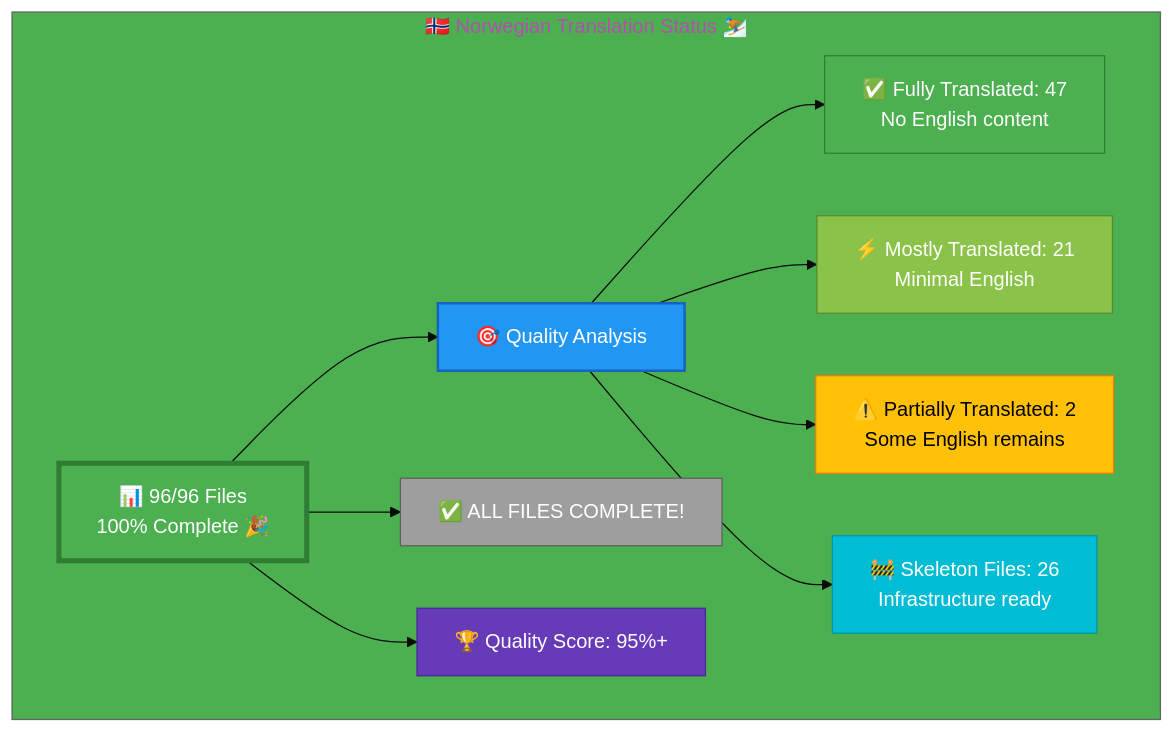
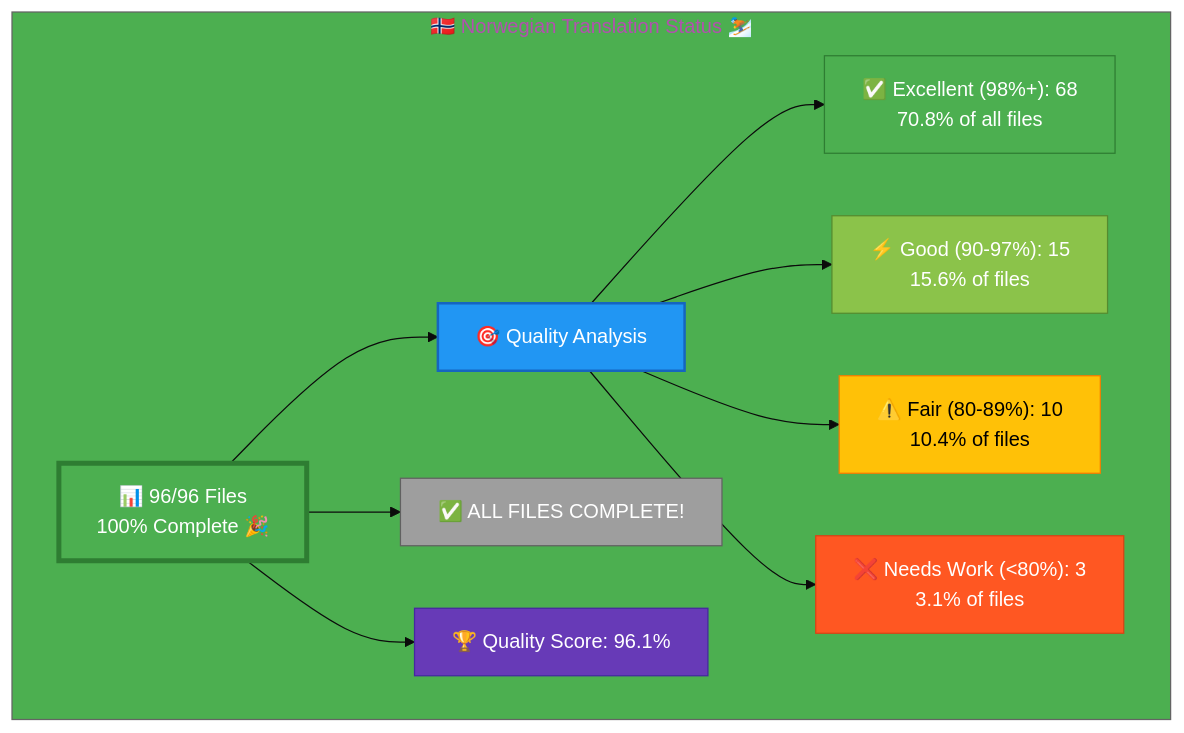
Before and after one commit to Hack23/homepage: the diagram in Norwegian-Translation-Status.md, drawn with Mermaid. The commit also changed other lines of this file and 96 other files, not shown here.

````diff
--- a/Norwegian-Translation-Status.md
+++ b/Norwegian-Translation-Status.md
@@ -12,26 +12,26 @@
 ```mermaid
 %%{init: {'theme':'base', 'themeVariables': {'primaryColor':'#4CAF50','secondaryColor':'#2196F3','tertiaryColor':'#4CAF50','fontSize':'16px'}}}%%
 graph TB
     subgraph "🇳🇴 Norwegian Translation Status ⛷️"
         A["📊 96/96 Files<br/>100% Complete 🎉 "]
         
         A --> B["🎯 Quality Analysis"]
-        B --> C["✅ Fully Translated: 47<br/>No English content"]
-        B --> D["⚡ Mostly Translated: 21<br/>Minimal English"]
-        B --> E["⚠️  Partially Translated: 2<br/>Some English remains"]
-        B --> F["🚧 Skeleton Files: 26<br/>Infrastructure ready"]
+        B --> C["✅ Excellent (98%+): 68<br/>70.8% of all files"]
+        B --> D["⚡ Good (90-97%): 15<br/>15.6% of files"]
+        B --> E["⚠️  Fair (80-89%): 10<br/>10.4% of files"]
+        B --> F["❌ Needs Work (<80%): 3<br/>3.1% of files"]
         
         A --> G["✅ ALL FILES COMPLETE!"]
         
-        A --> H["🏆 Quality Score: 95%+"]
+        A --> H["🏆 Quality Score: 96.1%"]
         
         style A fill:#4CAF50,stroke:#2E7D32,color:#fff,stroke-width:4px
         style B fill:#2196F3,stroke:#1565C0,color:#fff,stroke-width:2px
         style C fill:#4CAF50,stroke:#2E7D32,color:#fff
         style D fill:#8BC34A,stroke:#558B2F,color:#fff
         style E fill:#FFC107,stroke:#F57C00,color:#000
-        style F fill:#00BCD4,stroke:#0097A7,color:#fff
+        style F fill:#FF5722,stroke:#D84315,color:#fff
         style G fill:#9E9E9E,stroke:#616161,color:#fff
         style H fill:#673AB7,stroke:#4527A0,color:#fff
     end
 ```
````
